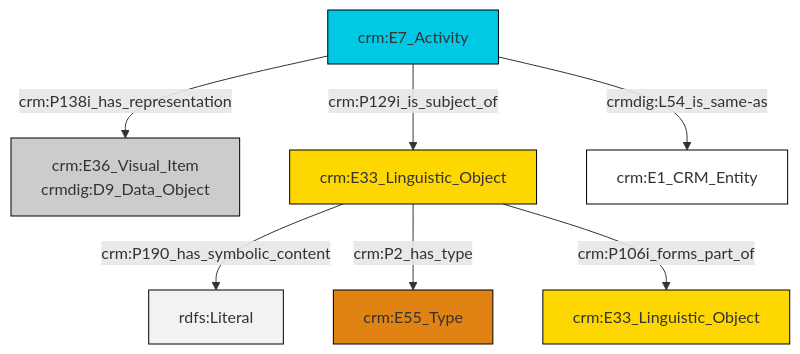
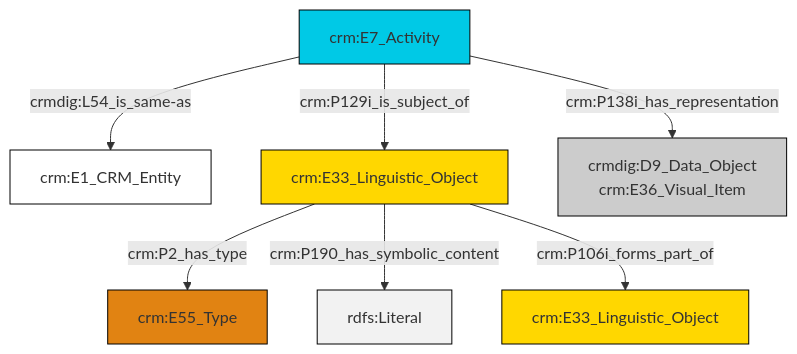
The diagram in et/eventCSV/ttl/mmd/event_documentation.ttl.mmd (swiss-art-research-net/docs.swissartresearch), drawn with Mermaid before and after one commit. The commit also changed 175 other files, not shown here.

```diff
--- a/et/eventCSV/ttl/mmd/event_documentation.ttl.mmd
+++ b/et/eventCSV/ttl/mmd/event_documentation.ttl.mmd
@@ -1,21 +1,21 @@
 graph TD
 classDef Literal fill:#f2f2f2,stroke:#000000;
 classDef CRM_Entity fill:#FFFFFF,stroke:#000000;
 classDef Temporal_Entity fill:#00C9E6, stroke:#000000;
 classDef Type fill:#E18312, stroke:#000000;
 classDef Time-Span fill:#2C9C91, stroke:#000000;
 classDef Appellation fill:#FFEB7F, stroke:#000000;
 classDef Place fill:#008836, stroke:#000000;
 classDef Persistent_Item fill:#B266B2, stroke:#000000;
 classDef Conceptual_Object fill:#FFD700, stroke:#000000;
 classDef Physical_Thing fill:#D2B48C, stroke:#000000;
 classDef Actor fill:#f58aad, stroke:#000000;
 classDef PC_Classes fill:#4ce600, stroke:#000000;
 classDef Multi fill:#cccccc,stroke:#000000;
 
-6["crm:E33_Linguistic_Object"]:::Conceptual_Object -->|crm:P190_has_symbolic_content| 8[rdfs:Literal]:::Literal
-9["crm:E7_Activity"]:::Temporal_Entity -->|crm:P138i_has_representation| 0["crm:E36_Visual_Item<br>crmdig:D9_Data_Object"]:::Multi
-9["crm:E7_Activity"]:::Temporal_Entity -->|crmdig:L54_is_same-as| 11["crm:E1_CRM_Entity"]:::CRM_Entity
-6["crm:E33_Linguistic_Object"]:::Conceptual_Object -->|crm:P2_has_type| 2["crm:E55_Type"]:::Type
-9["crm:E7_Activity"]:::Temporal_Entity -->|crm:P129i_is_subject_of| 6["crm:E33_Linguistic_Object"]:::Conceptual_Object
-6["crm:E33_Linguistic_Object"]:::Conceptual_Object -->|crm:P106i_forms_part_of| 4["crm:E33_Linguistic_Object"]:::Conceptual_Object
+2["crm:E7_Activity"]:::Temporal_Entity -->|crm:P129i_is_subject_of| 6["crm:E33_Linguistic_Object"]:::Conceptual_Object
+6["crm:E33_Linguistic_Object"]:::Conceptual_Object -->|crm:P2_has_type| 7["crm:E55_Type"]:::Type
+6["crm:E33_Linguistic_Object"]:::Conceptual_Object -->|crm:P190_has_symbolic_content| 9[rdfs:Literal]:::Literal
+6["crm:E33_Linguistic_Object"]:::Conceptual_Object -->|crm:P106i_forms_part_of| 0["crm:E33_Linguistic_Object"]:::Conceptual_Object
+2["crm:E7_Activity"]:::Temporal_Entity -->|crmdig:L54_is_same-as| 4["crm:E1_CRM_Entity"]:::CRM_Entity
+2["crm:E7_Activity"]:::Temporal_Entity -->|crm:P138i_has_representation| 11["crmdig:D9_Data_Object<br>crm:E36_Visual_Item"]:::Multi
```
